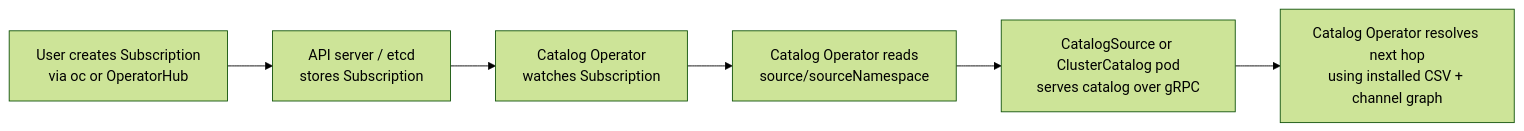
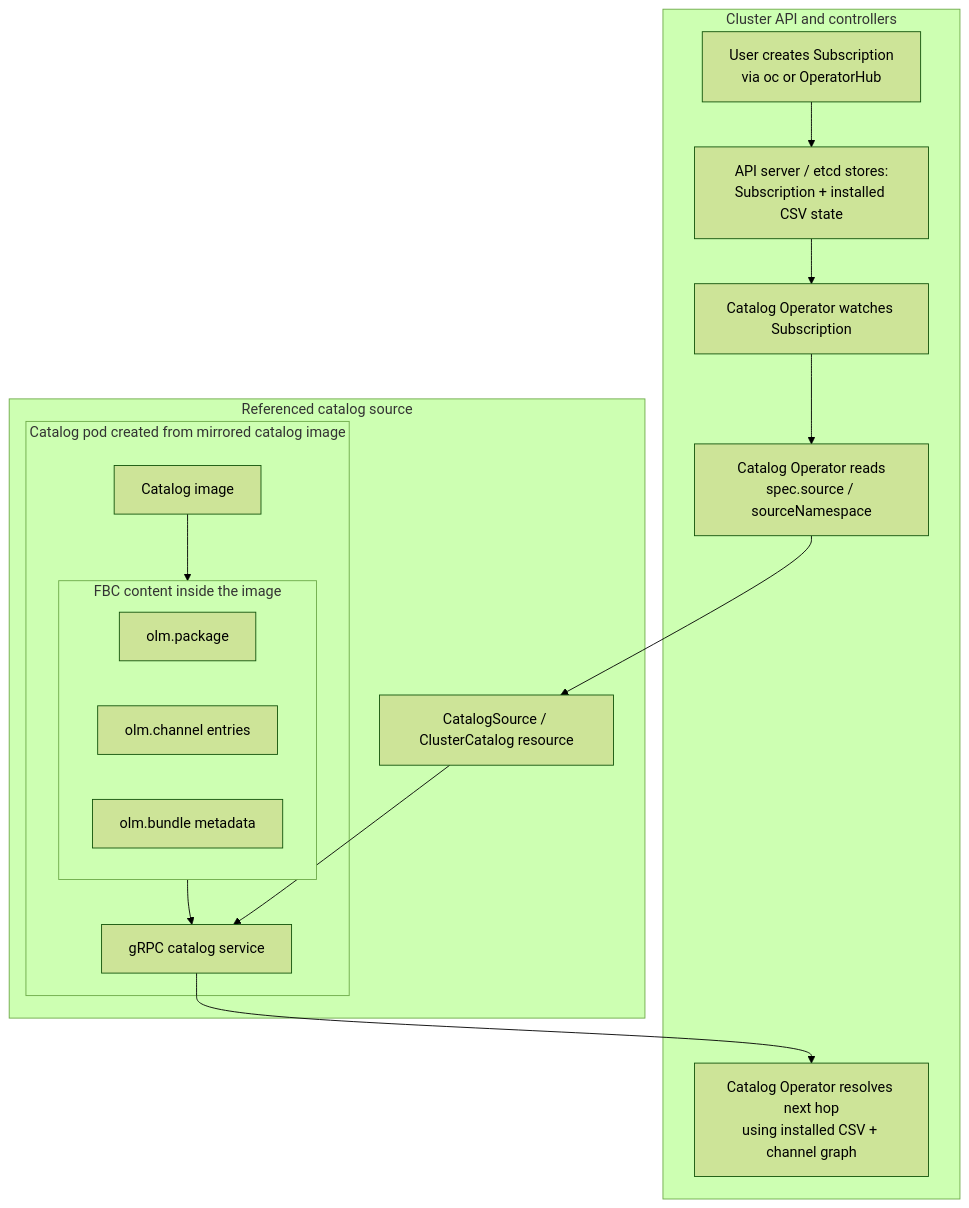
One commit to idanherman/oc-mirror-guide changed the first of 3 diagrams in README.md. Above: the diagram before and after it, drawn with Mermaid (forest theme). The commit also changed other lines of this file, not shown here.

Commit message:
Clarify catalog source handling

````diff
--- a/README.md
+++ b/README.md
@@ -189,11 +191,26 @@
 ```mermaid
-flowchart LR
-  A["User creates Subscription<br/>via oc or OperatorHub"]
-  B["API server / etcd<br/>stores Subscription"]
-  C["Catalog Operator<br/>watches Subscription"]
-  D["Catalog Operator reads<br/>source/sourceNamespace"]
-  E["CatalogSource or ClusterCatalog pod<br/>serves catalog over gRPC"]
-  F["Catalog Operator resolves next hop<br/>using installed CSV + channel graph"]
+flowchart TB
+  subgraph cluster["Cluster API and controllers"]
+    A["User creates Subscription<br/>via oc or OperatorHub"]
+    B["API server / etcd stores:<br/>Subscription + installed CSV state"]
+    C["Catalog Operator watches Subscription"]
+    D["Catalog Operator reads<br/>spec.source / sourceNamespace"]
+    F["Catalog Operator resolves next hop<br/>using installed CSV + channel graph"]
+  end
 
-  A --> B --> C --> D --> E --> F
+  subgraph catalog_source["Referenced catalog source"]
+    CS["CatalogSource / ClusterCatalog resource"]
+    subgraph catalog_pod["Catalog pod created from mirrored catalog image"]
+      IMG["Catalog image"]
+      subgraph fbc["FBC content inside the image"]
+        PKG["olm.package"]
+        CH["olm.channel entries"]
+        BND["olm.bundle metadata"]
+      end
+      GRPC["gRPC catalog service"]
+    end
+  end
+
+  A --> B --> C --> D --> CS --> GRPC --> F
+  IMG --> fbc --> GRPC
 ```
````
